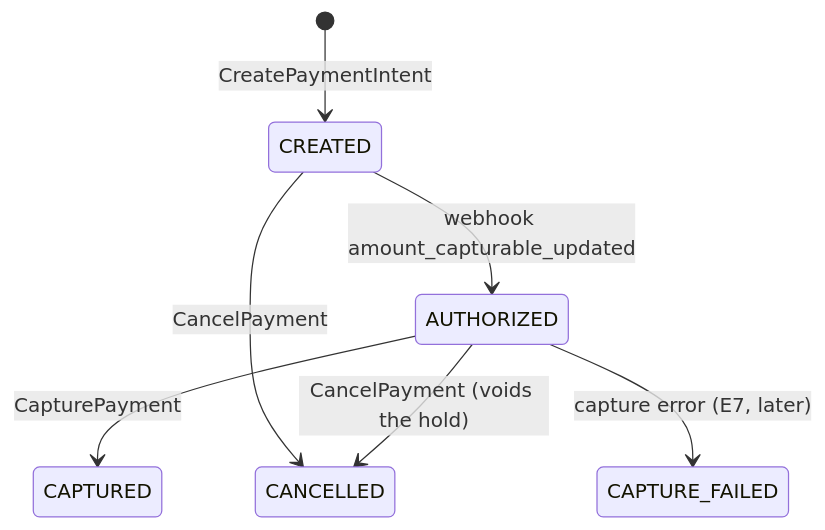
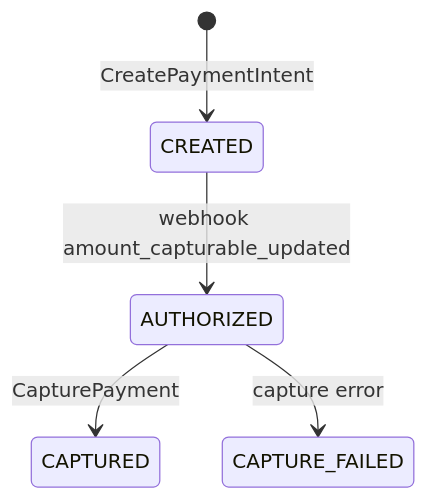
One commit to TranQuangPhong/hotel-booking-hexagon changed the fourth of 4 diagrams in doc/uc1-create-booking/state-machines.md. Above: the diagram before and after it, drawn with Mermaid. The commit also changed other lines of this file and 12 other files, not shown here.

````diff
--- a/doc/uc1-create-booking/state-machines.md
+++ b/doc/uc1-create-booking/state-machines.md
@@ -117,9 +99,7 @@
 ```mermaid
 stateDiagram-v2
     [*] --> CREATED: CreatePaymentIntent
     CREATED --> AUTHORIZED: webhook amount_capturable_updated
     AUTHORIZED --> CAPTURED: CapturePayment
-    CREATED --> CANCELLED: CancelPayment
-    AUTHORIZED --> CANCELLED: CancelPayment (voids the hold)
-    AUTHORIZED --> CAPTURE_FAILED: capture error (E7, later)
+    AUTHORIZED --> CAPTURE_FAILED: capture error
 ```
````
